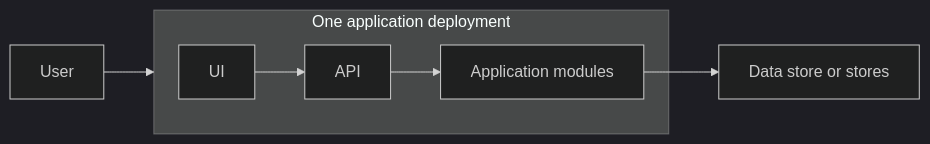
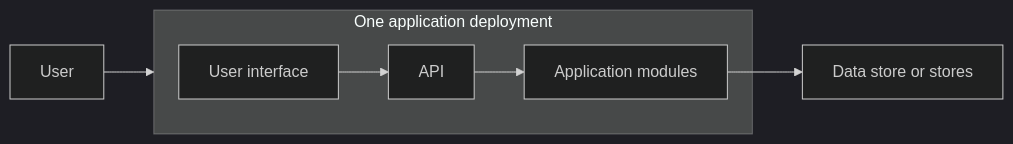
One commit to CVamsi27/software-developer-bible changed the first of 6 diagrams in 30-architecture/30.2-system-design/01-theory/30.2.1.11-architecture-patterns.md. Above: the diagram before and after it, drawn with Mermaid (dark theme). The commit also changed other lines of this file and 10 other files, not shown here.

````diff
--- a/30-architecture/30.2-system-design/01-theory/30.2.1.11-architecture-patterns.md
+++ b/30-architecture/30.2-system-design/01-theory/30.2.1.11-architecture-patterns.md
@@ -40,8 +40,8 @@
 ```mermaid
 flowchart LR
   User --> App
   subgraph App[One application deployment]
-    UI --> API --> Modules[Application modules]
+    UserInterface[User interface] --> API --> Modules[Application modules]
   end
   Modules --> Store[Data store or stores]
 ```
````
